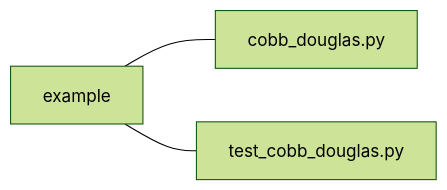
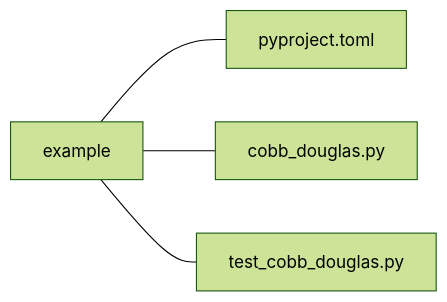
One commit to OpenSourceEconomics/epp_topics changed the diagram in src/epp_topics/python_installation_execution/executing_pytest/screencast/slides.md. Above: the diagram before and after it, drawn with Mermaid (forest theme). The commit also changed other lines of this file and 397 other files, not shown here.

````diff
--- a/src/epp_topics/python_installation_execution/executing_pytest/screencast/slides.md
+++ b/src/epp_topics/python_installation_execution/executing_pytest/screencast/slides.md
@@ -64,6 +58,7 @@
 ```mermaid {theme: 'dark', scale: 0.8}
 graph LR
     classDef highlight fill:#FF4500;
-    A["example"] --- B["cobb_douglas.py"]
-    A["example"] --- C["test_cobb_douglas.py"]
+    A["example"] --- B["pyproject.toml"]
+    A --- C["cobb_douglas.py"]
+    A --- D["test_cobb_douglas.py"]
 ```
````
